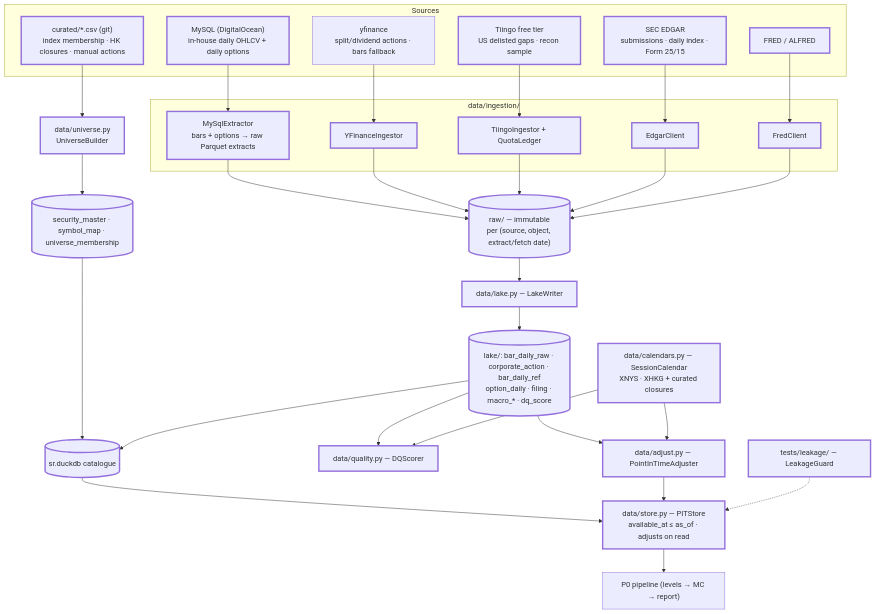
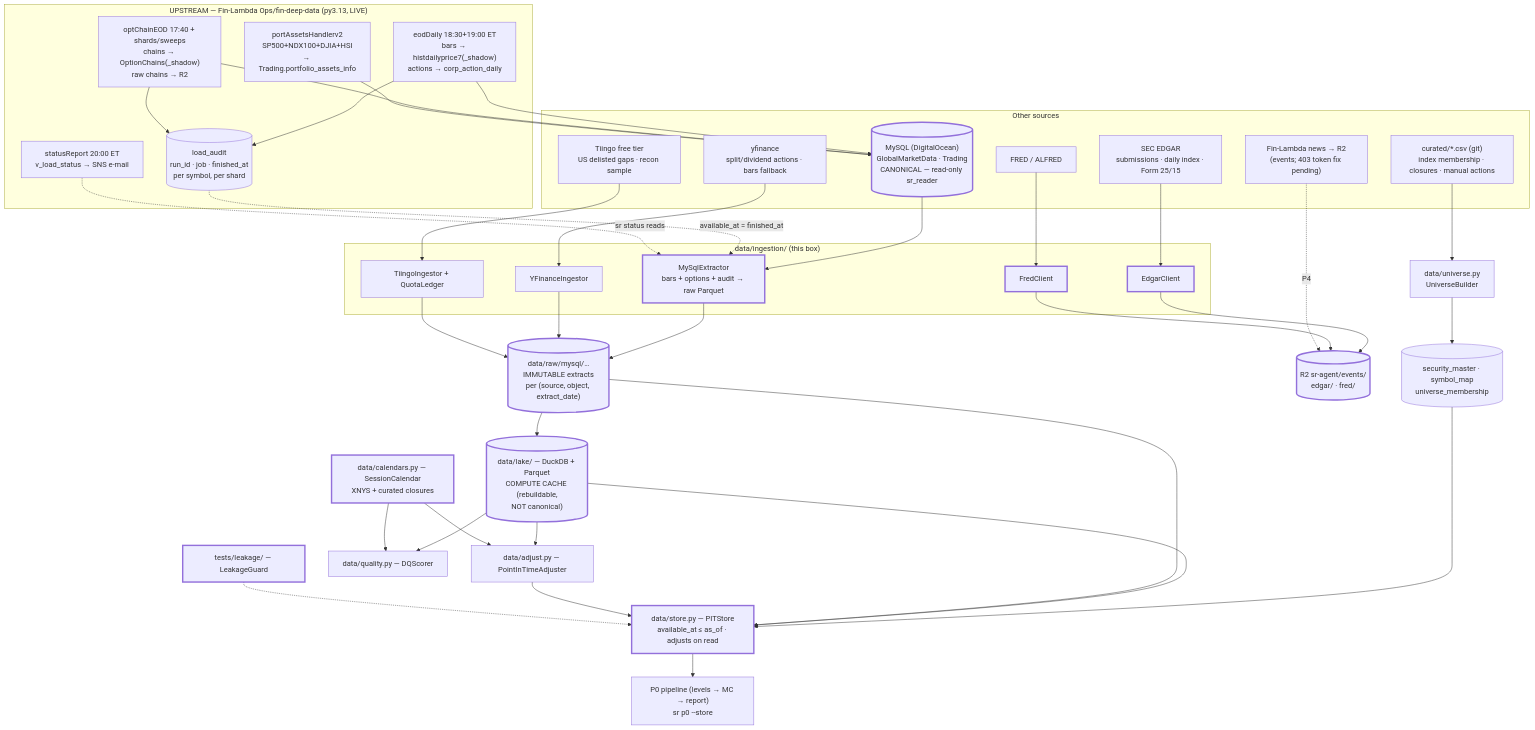
Before and after one commit to Neural-Matrix-LLC/Support-Resistance-Agent: the sixth of 29 diagrams in docs/SR_Technical_Document.md, drawn with Mermaid. The commit also changed other lines of this file and 2 other files, not shown here.

Commit message:
docs: P1 re-planned (v0.5) — MySQL canonical via Fin-Lambda, R2 events-only, VPS/Lambda dropped; Stage-A design

````diff
--- a/docs/SR_Technical_Document.md
+++ b/docs/SR_Technical_Document.md
@@ -679,36 +682,50 @@
 ```mermaid
 flowchart TB
-    subgraph SRC["Sources"]
-        MY["MySQL (DigitalOcean)<br/>in-house daily OHLCV + daily options"]:::new
+    subgraph UP["UPSTREAM — Fin-Lambda Ops/fin-deep-data (py3.13, LIVE)"]
+        FLA["eodDaily 18:30+19:00 ET<br/>bars → histdailyprice7(_shadow)<br/>actions → corp_action_daily"]
+        FLO["optChainEOD 17:40 + shards/sweeps<br/>chains → OptionChains(_shadow)<br/>raw chains → R2"]
+        FLP["portAssetsHandlerv2<br/>SP500+NDX100+DJIA+HSI<br/>→ Trading.portfolio_assets_info"]
+        FLS["statusReport 20:00 ET<br/>v_load_status → SNS e-mail"]
+        AUD[("load_audit<br/>run_id · job · finished_at<br/>per symbol, per shard")]
+        FLA --> AUD
+        FLO --> AUD
+    end
+    subgraph SRC["Other sources"]
+        MY[("MySQL (DigitalOcean)<br/>GlobalMarketData · Trading<br/>CANONICAL — read-only sr_reader")]:::new
         YF["yfinance<br/>split/dividend actions · bars fallback"]
-        TI["Tiingo free tier<br/>US delisted gaps · recon sample"]:::new
-        ED["SEC EDGAR<br/>submissions · daily index · Form 25/15"]:::new
-        FR["FRED / ALFRED"]:::new
-        CUR["curated/*.csv (git)<br/>index membership · HK closures · manual actions"]:::new
+        TI["Tiingo free tier<br/>US delisted gaps · recon sample"]
+        ED["SEC EDGAR<br/>submissions · daily index · Form 25/15"]
+        FR["FRED / ALFRED"]
+        CUR["curated/*.csv (git)<br/>index membership · closures · manual actions"]
+        NWS["Fin-Lambda news → R2<br/>(events; 403 token fix pending)"]
     end
-    subgraph ING["data/ingestion/"]
-        I0["MySqlExtractor<br/>bars + options → raw Parquet extracts"]:::new
-        I1["YFinanceIngestor"]:::new
-        I2["TiingoIngestor + QuotaLedger"]:::new
+    subgraph ING["data/ingestion/ (this box)"]
+        I0["MySqlExtractor<br/>bars + options + audit → raw Parquet"]:::new
+        I1["YFinanceIngestor"]
+        I2["TiingoIngestor + QuotaLedger"]
         I3["EdgarClient"]:::new
         I4["FredClient"]:::new
     end
     MY --> I0
+    AUD -. "available_at = finished_at" .-> I0
+    FLA & FLO & FLP --> MY
+    FLS -. "sr status reads" .-> I0
     YF --> I1
     TI --> I2
     ED --> I3
     FR --> I4
-    I0 & I1 & I2 & I3 & I4 --> RAW[("raw/ — immutable<br/>per (source, object, extract/fetch date)")]:::new
-    CUR --> UB["data/universe.py<br/>UniverseBuilder"]:::new
-    RAW --> LAND["data/lake.py — LakeWriter"]:::new
-    UB --> SM[("security_master · symbol_map · universe_membership")]:::new
-    LAND --> LK[("lake/: bar_daily_raw · corporate_action · bar_daily_ref<br/>option_daily · filing · macro_* · dq_score")]:::new
-    LK --> ADJ["data/adjust.py — PointInTimeAdjuster"]:::new
-    LK --> DQ["data/quality.py — DQScorer"]:::new
-    CAL["data/calendars.py — SessionCalendar<br/>XNYS · XHKG + curated closures"]:::new --> ADJ & DQ
-    SM & LK --> DUCK[("sr.duckdb catalogue")]:::new --> PIT["data/store.py — PITStore<br/>available_at ≤ as_of · adjusts on read"]:::new
+    I0 & I1 & I2 --> RAW[("data/raw/mysql/…<br/>IMMUTABLE extracts<br/>per (source, object, extract_date)")]:::new
+    I3 & I4 --> R2E[("R2 sr-agent/events/<br/>edgar/ · fred/")]:::new
+    NWS -. "P4" .-> R2E
+    CUR --> UB["data/universe.py<br/>UniverseBuilder"]
+    RAW --> CACHE[("data/lake/ — DuckDB + Parquet<br/>COMPUTE CACHE (rebuildable,<br/>NOT canonical)")]:::new
+    UB --> SM[("security_master · symbol_map<br/>universe_membership")]
+    CACHE --> ADJ["data/adjust.py — PointInTimeAdjuster"]
+    CACHE --> DQ["data/quality.py — DQScorer"]
+    CAL["data/calendars.py — SessionCalendar<br/>XNYS + curated closures"]:::new --> ADJ & DQ
+    SM & CACHE & RAW --> PIT["data/store.py — PITStore<br/>available_at ≤ as_of · adjusts on read"]:::new
     ADJ --> PIT
-    PIT --> P0["P0 pipeline (levels → MC → report)"]
+    PIT --> P0["P0 pipeline (levels → MC → report)<br/>sr p0 --store"]
     LEAK["tests/leakage/ — LeakageGuard"]:::new -.-> PIT
     classDef new stroke-width:3px
 ```
````
